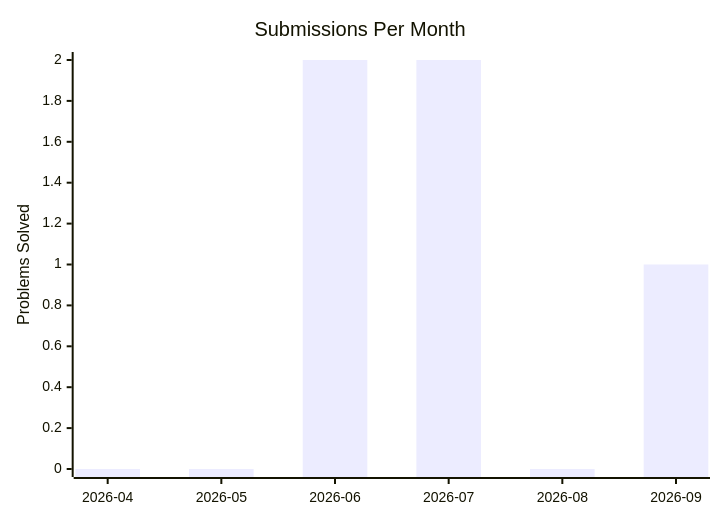
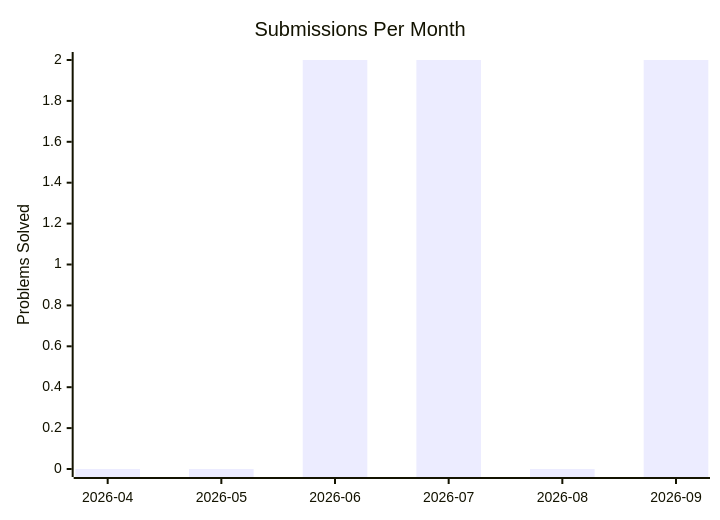
The second of 2 diagrams in PROGRESS.md (kanishk-procoder/leetcode-grind), drawn with Mermaid before and after one commit. The commit also changed other lines of this file and 4 other files, not shown here.

````diff
--- a/PROGRESS.md
+++ b/PROGRESS.md
@@ -12,7 +12,7 @@
 ```mermaid
 xychart-beta
     title "Submissions Per Month"
     x-axis ["2026-04", "2026-05", "2026-06", "2026-07", "2026-08", "2026-09"]
     y-axis "Problems Solved" 0 --> 2
-    bar [0, 0, 2, 2, 0, 1]
+    bar [0, 0, 2, 2, 0, 2]
 ```
````
